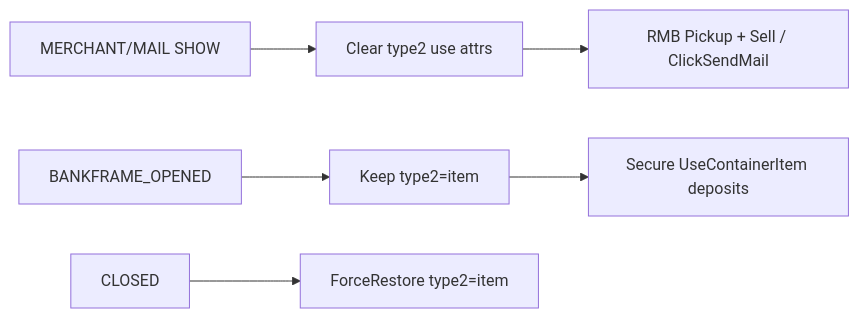
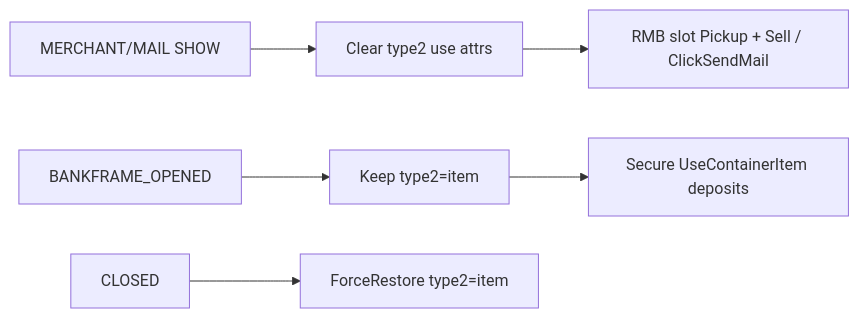
Before and after one commit to sirTurbisCZ/wow-forever-addons: the fourth of 8 diagrams in addons/BetterBackpack/Docs/loops.md, drawn with Mermaid. The commit also changed other lines of this file and 7 other files, not shown here.

First line of the commit message:
BetterBackpack 0.5.63: lane bulk RMB and vendor auto-sell

````diff
--- a/addons/BetterBackpack/Docs/loops.md
+++ b/addons/BetterBackpack/Docs/loops.md
@@ -124,8 +124,8 @@
 ```mermaid
 flowchart LR
   Show[MERCHANT/MAIL SHOW] --> Clear[Clear type2 use attrs]
-  Clear --> RMB[RMB Pickup + Sell / ClickSendMail]
+  Clear --> RMB[RMB slot Pickup + Sell / ClickSendMail]
   BankShow[BANKFRAME_OPENED] --> Keep[Keep type2=item]
   Keep --> Deposit[Secure UseContainerItem deposits]
   Close[CLOSED] --> Restore[ForceRestore type2=item]
 ```
````
